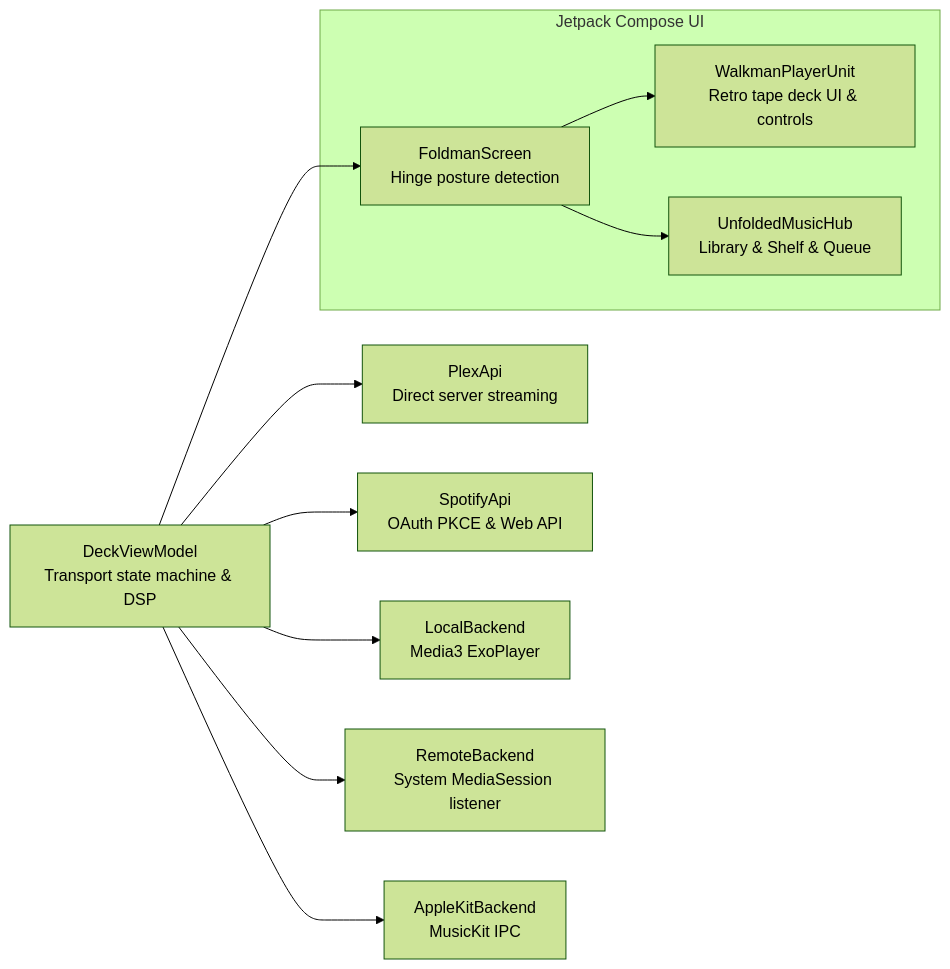
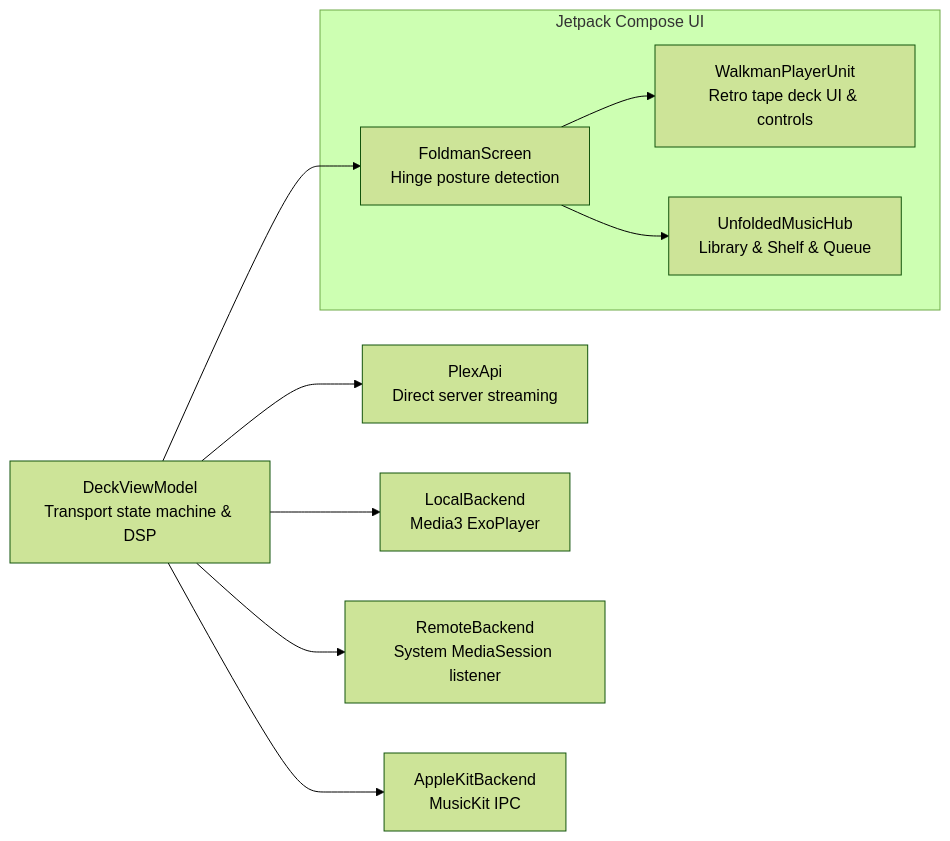
Before and after one commit to artywah/Tapeman: the diagram in README.md, drawn with Mermaid (forest theme). The commit also changed other lines of this file and 2 other files, not shown here.

Commit message:
docs: remove Spotify Web API / PKCE references from GitHub docs

````diff
--- a/README.md
+++ b/README.md
@@ -195,13 +195,12 @@
 ```mermaid
 flowchart LR
     subgraph UI["Jetpack Compose UI"]
         Screen["FoldmanScreen<br/>Hinge posture detection"] --> Deck["WalkmanPlayerUnit<br/>Retro tape deck UI & controls"]
         Screen --> Hub["UnfoldedMusicHub<br/>Library & Shelf & Queue"]
     end
     VM["DeckViewModel<br/>Transport state machine & DSP"] --> Screen
     VM --> Plex["PlexApi<br/>Direct server streaming"]
-    VM --> Spotify["SpotifyApi<br/>OAuth PKCE & Web API"]
     VM --> Local["LocalBackend<br/>Media3 ExoPlayer"]
     VM --> Remote["RemoteBackend<br/>System MediaSession listener"]
     VM --> Apple["AppleKitBackend<br/>MusicKit IPC"]
 ```
````
